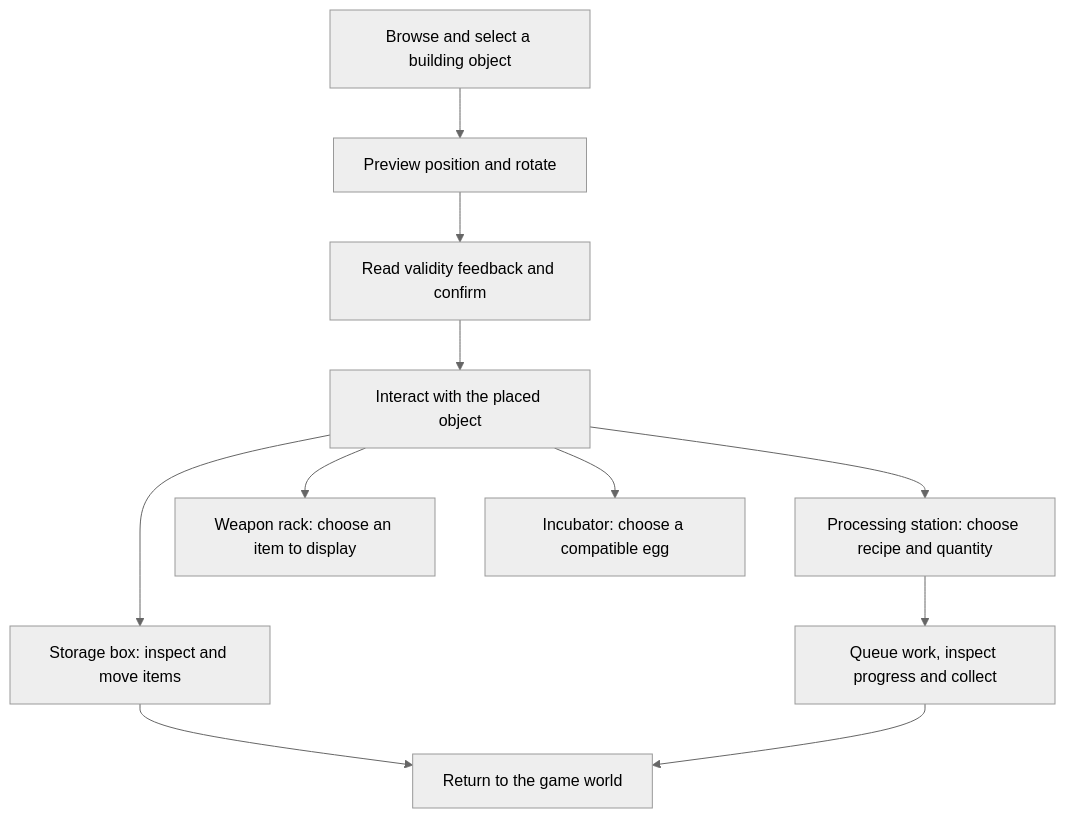
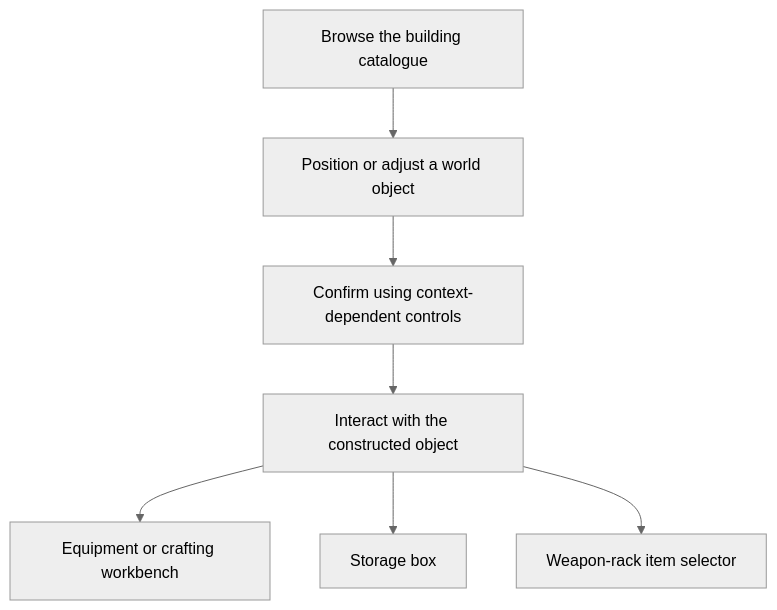
Before and after one commit to seak123/building-ui-portfolio: the diagram in README.md, drawn with Mermaid (neutral theme). The commit also changed other lines of this file and 24 other files, not shown here.

Commit message:
Add gameplay gallery and world-workbench integration; remove incubator case

````diff
--- a/README.md
+++ b/README.md
@@ -13,13 +13,9 @@
 ```mermaid
 flowchart TB
-    A[Browse and select a building object] --> B[Preview position and rotate]
-    B --> C[Read validity feedback and confirm]
-    C --> D[Interact with the placed object]
-    D --> E[Processing station: choose recipe and quantity]
-    E --> F[Queue work, inspect progress and collect]
-    D --> G[Storage box: inspect and move items]
-    D --> I[Weapon rack: choose an item to display]
-    D --> J[Incubator: choose a compatible egg]
-    G --> H[Return to the game world]
-    F --> H
+    A[Browse the building catalogue] --> B[Position or adjust a world object]
+    B --> C[Confirm using context-dependent controls]
+    C --> D[Interact with the constructed object]
+    D --> E[Equipment or crafting workbench]
+    D --> F[Storage box]
+    D --> G[Weapon-rack item selector]
 ```
````
